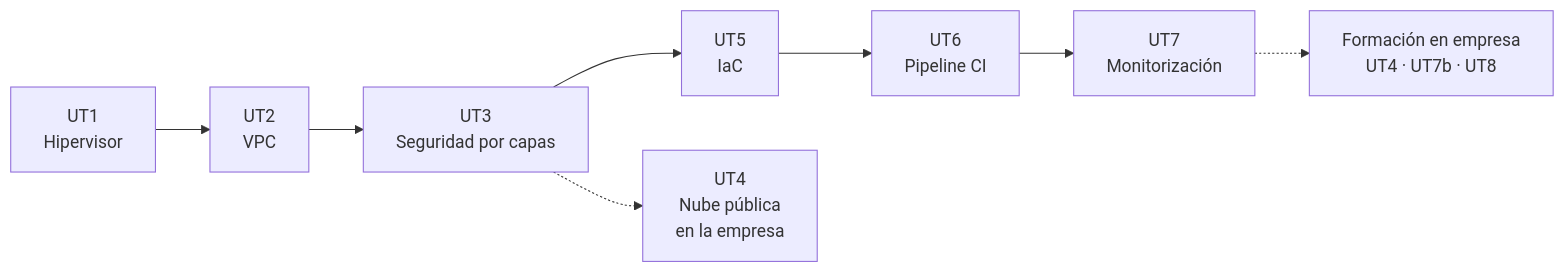
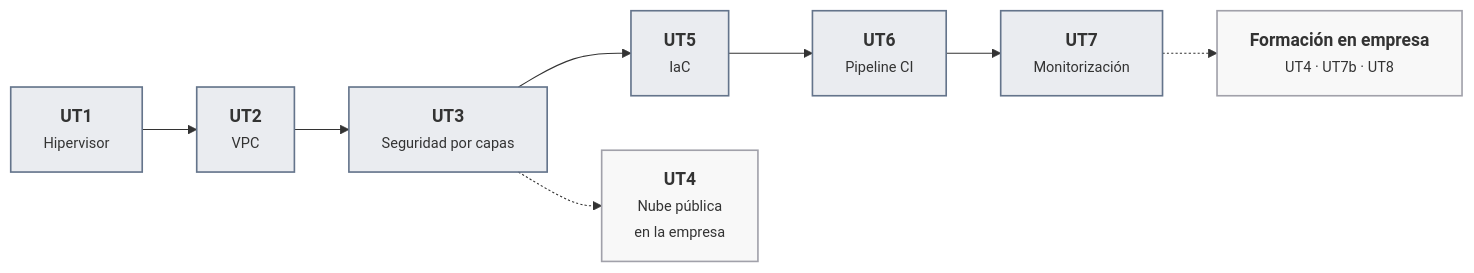
Before and after one commit to victor-educ/apuntes-5166: the diagram in docs/index.md, drawn with Mermaid. The commit also changed other lines of this file and 12 other files, not shown here.

First line of the commit message:
Temporalización definitiva, gramática visual y diagramas en todas las unidades

````diff
--- a/docs/index.md
+++ b/docs/index.md
@@ -21,10 +21,20 @@
 ```mermaid
 flowchart LR
-    UT1[UT1<br>Hipervisor] --> UT2[UT2<br>VPC]
-    UT2 --> UT3[UT3<br>Seguridad por capas]
-    UT3 --> UT5[UT5<br>IaC]
-    UT5 --> UT6[UT6<br>Pipeline CI]
-    UT6 --> UT7[UT7<br>Monitorización]
-    UT3 -.-> UT4[UT4<br>Nube pública<br>en la empresa]
-    UT7 -.-> FE[Formación en empresa<br>UT4 · UT7b · UT8]
+    UT1["<b>UT1</b><br><small>Hipervisor</small>"]:::pieza
+    UT2["<b>UT2</b><br><small>VPC</small>"]:::pieza
+    UT3["<b>UT3</b><br><small>Seguridad por capas</small>"]:::pieza
+    UT5["<b>UT5</b><br><small>IaC</small>"]:::pieza
+    UT6["<b>UT6</b><br><small>Pipeline CI</small>"]:::pieza
+    UT7["<b>UT7</b><br><small>Monitorización</small>"]:::pieza
+    UT4["<b>UT4</b><br><small>Nube pública<br>en la empresa</small>"]:::infra
+    FE["<b>Formación en empresa</b><br><small>UT4 · UT7b · UT8</small>"]:::infra
+    UT1 --> UT2 --> UT3 --> UT5 --> UT6 --> UT7
+    UT3 -.-> UT4
+    UT7 -.-> FE
+    classDef act fill:#ea580c22,stroke:#ea580c,stroke-width:1.5px
+    classDef pieza fill:#64748b22,stroke:#64748b,stroke-width:1.5px
+    classDef dato fill:#2563eb22,stroke:#2563eb,stroke-width:1.5px
+    classDef infra fill:#a1a1aa14,stroke:#a1a1aa,stroke-width:1.5px
+    classDef ok fill:#16a34a22,stroke:#16a34a,stroke-width:1.5px
+    classDef riesgo fill:#dc262622,stroke:#dc2626,stroke-width:1.5px
 ```
````
